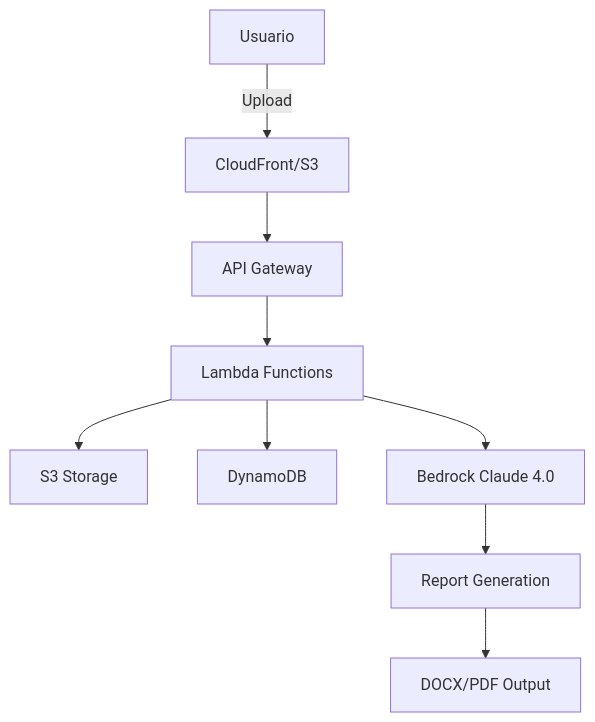
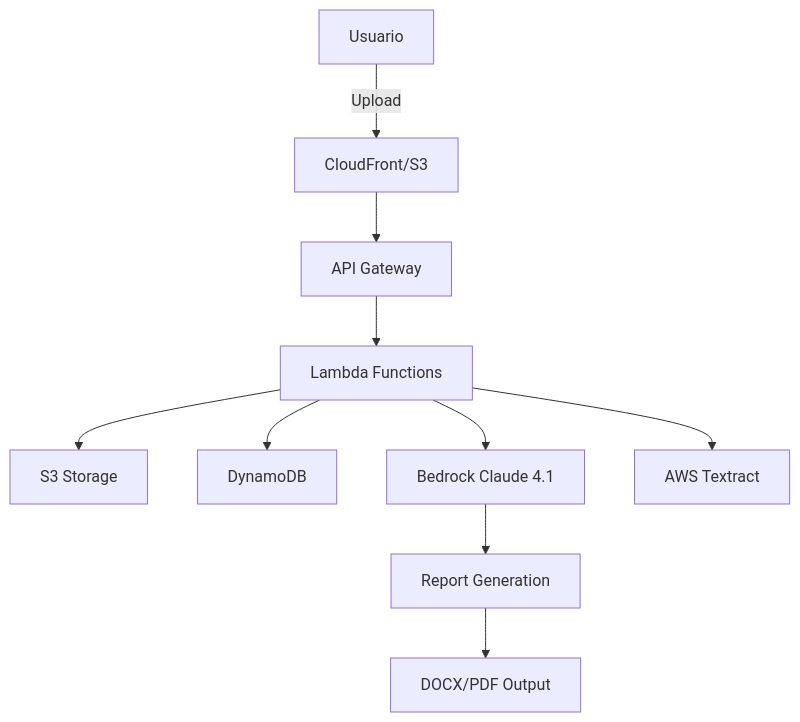
One commit to dborra-83/CH-Aspor changed the diagram in README.md. Above: the diagram before and after it, drawn with Mermaid. The commit also changed other lines of this file and 32 other files, not shown here.

First line of the commit message:
v1.0.0 - Plataforma ASPOR con Bedrock Claude 4.1

````diff
--- a/README.md
+++ b/README.md
@@ -32,11 +33,12 @@
 ```mermaid
 graph TB
     A[Usuario] -->|Upload| B[CloudFront/S3]
     B --> C[API Gateway]
     C --> D[Lambda Functions]
     D --> E[S3 Storage]
     D --> F[DynamoDB]
-    D --> G[Bedrock Claude 4.0]
-    G --> H[Report Generation]
-    H --> I[DOCX/PDF Output]
+    D --> G[Bedrock Claude 4.1]
+    D --> H[AWS Textract]
+    G --> I[Report Generation]
+    I --> J[DOCX/PDF Output]
 ```
````
